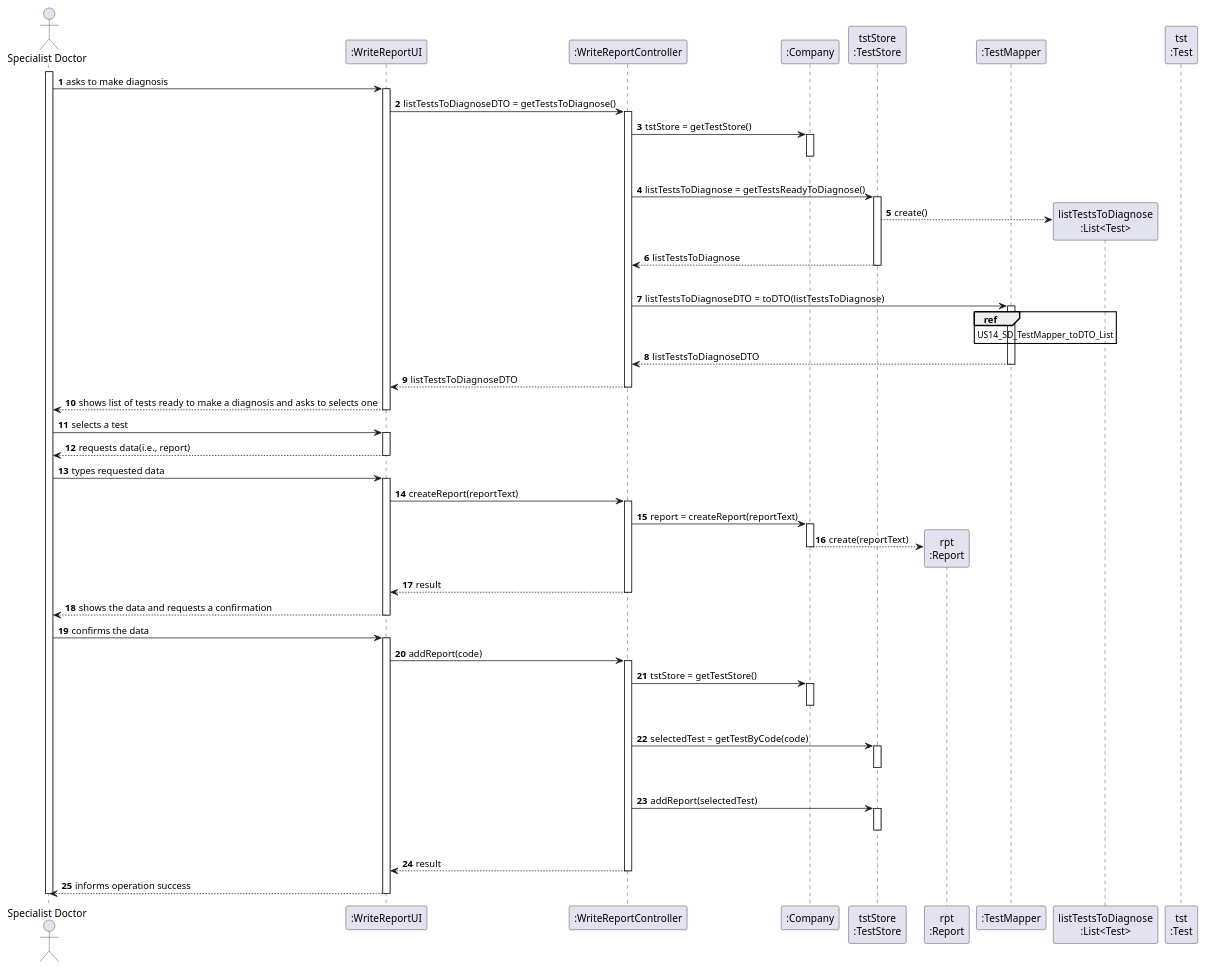
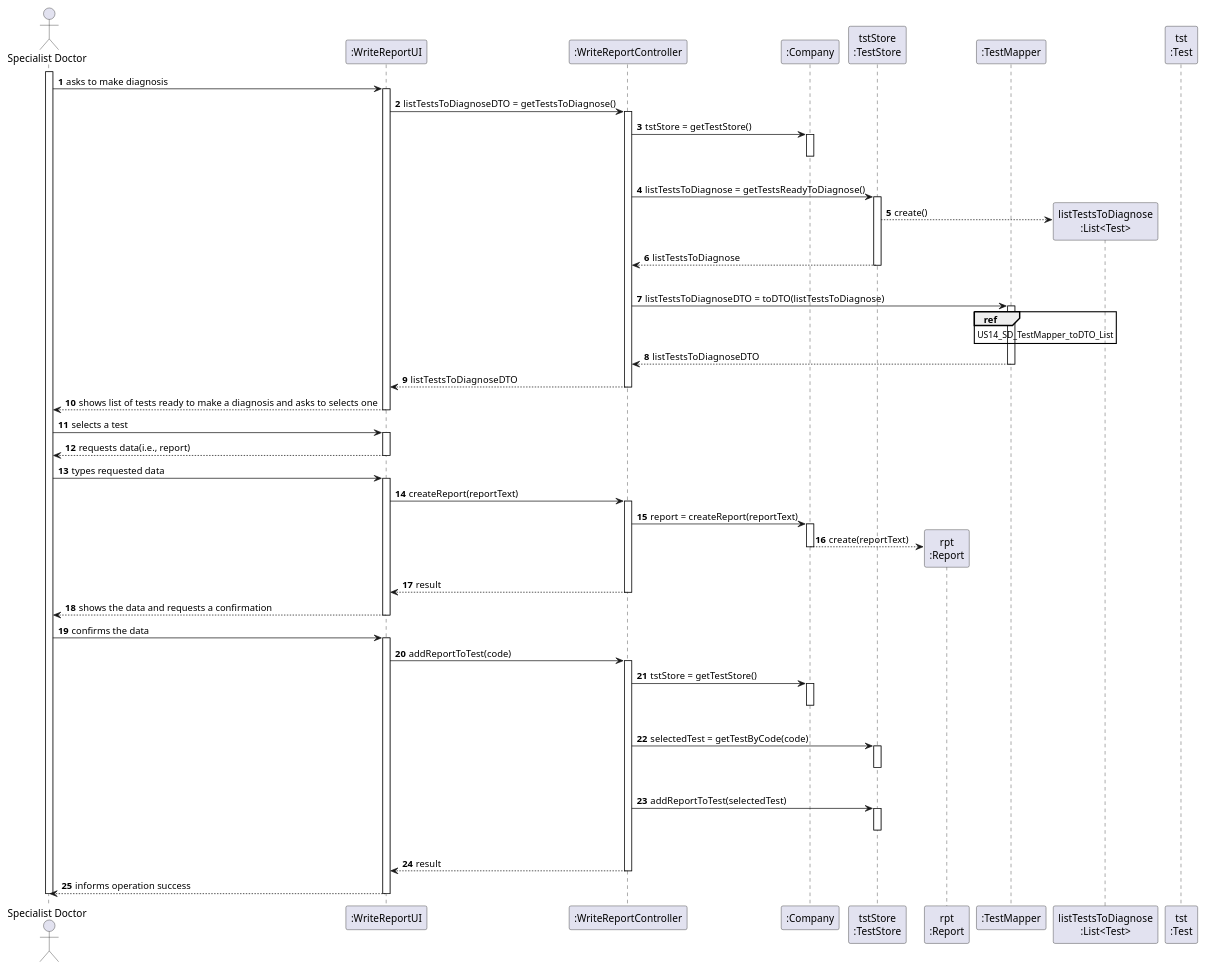
The diagram in docs/SprintC/US_14/US14_SD.puml (ana-albergaria/LAPR2-ISEP), drawn with PlantUML before and after one commit. The commit also changed 3 other files, not shown here.

```diff
--- a/docs/SprintC/US_14/US14_SD.puml
+++ b/docs/SprintC/US_14/US14_SD.puml
@@ -1,104 +1,104 @@
 @startuml
 autonumber
 actor "Specialist Doctor" as SPDT
 
 participant ":WriteReportUI" as UI
 participant ":WriteReportController" as CTRL
 participant ":Company" as CMP
 participant "tstStore\n:TestStore" as TSTSTORE
 participant "rpt\n:Report" as RPT
 participant ":TestMapper" as TSTMAPPER
 'participant "objDTO\n:TestsDTO" as OBJ_DTO
 participant "listTestsToDiagnose\n:List<Test>" as LT
 'participant "listTestsToDiagnoseDTO\n:List<TestDTO>" as LIST_DTO
 participant "tst\n:Test" as TST
 
 activate SPDT
 SPDT -> UI : asks to make diagnosis
 activate UI
 UI -> CTRL : listTestsToDiagnoseDTO = getTestsToDiagnose()
 activate CTRL
 
 CTRL -> CMP : tstStore = getTestStore()
 activate CMP
 |||
 deactivate CMP
 
 CTRL -> TSTSTORE : listTestsToDiagnose = getTestsReadyToDiagnose()
 activate TSTSTORE
 
 TSTSTORE --> LT** : create()
 TSTSTORE --> CTRL : listTestsToDiagnose
 deactivate TSTSTORE
 |||
 
 CTRL -> TSTMAPPER : listTestsToDiagnoseDTO = toDTO(listTestsToDiagnose)
 activate TSTMAPPER
 
 ref over TSTMAPPER : US14_SD_TestMapper_toDTO_List
 
 TSTMAPPER --> CTRL : listTestsToDiagnoseDTO
 deactivate TSTMAPPER
 
 CTRL --> UI : listTestsToDiagnoseDTO
 deactivate CTRL
 
 UI --> SPDT : shows list of tests ready to make a diagnosis and asks to selects one
 deactivate UI
 
 'spdt writes the test code in the UI
 'it uses the test code when adding the report
 
 SPDT -> UI : selects a test
 activate UI
 
 UI --> SPDT : requests data(i.e., report)
 deactivate UI
 
 SPDT -> UI : types requested data
 activate UI
 
 UI -> CTRL : createReport(reportText)
 activate CTRL
 
 CTRL -> CMP : report = createReport(reportText)
 activate CMP
 
 CMP --> RPT** : create(reportText)
 deactivate CMP
 
 CTRL --> UI : result
 deactivate CTRL
 UI --> SPDT : shows the data and requests a confirmation
 deactivate UI
 
 SPDT -> UI : confirms the data
 activate UI
 
-UI -> CTRL : addReport(code)
+UI -> CTRL : addReportToTest(code)
 activate CTRL
 
 CTRL -> CMP : tstStore = getTestStore()
 activate CMP
 |||
 deactivate CMP
 
 CTRL -> TSTSTORE : selectedTest = getTestByCode(code)
 activate TSTSTORE
 |||
 deactivate TSTSTORE
 
-CTRL -> TSTSTORE : addReport(selectedTest)
+CTRL -> TSTSTORE : addReportToTest(selectedTest)
 activate TSTSTORE
 |||
 deactivate TSTSTORE
 
 CTRL --> UI : result
 deactivate CMP
 deactivate CTRL
 
 UI --> SPDT : informs operation success
 deactivate UI
 deactivate SPDT
 
 @enduml
```
